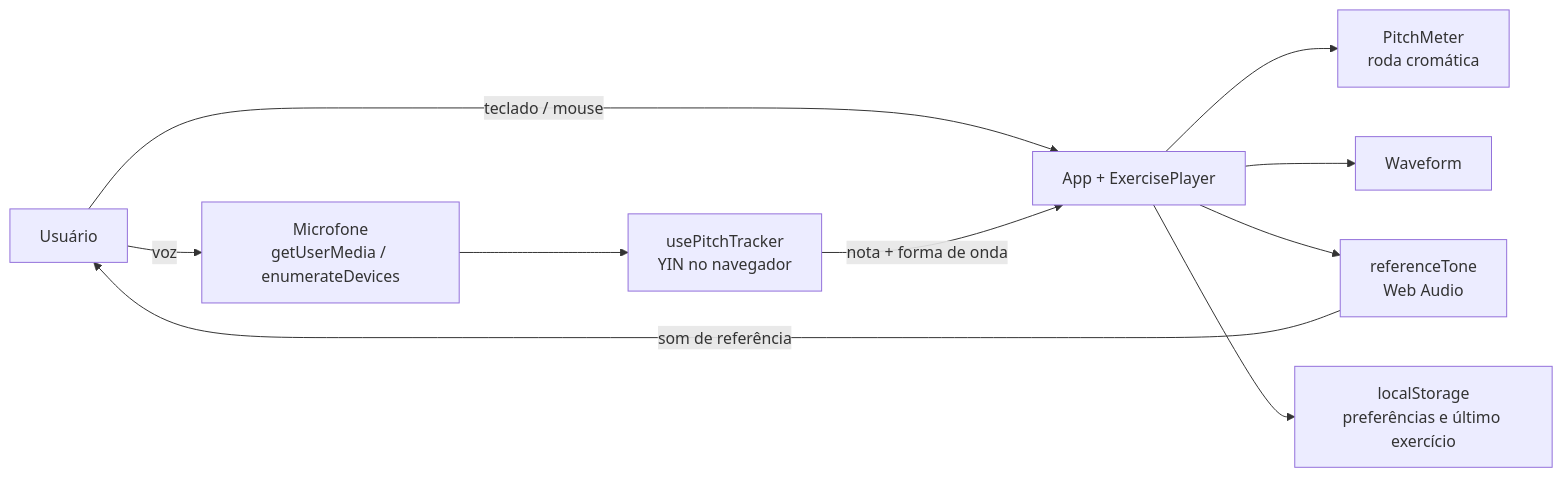
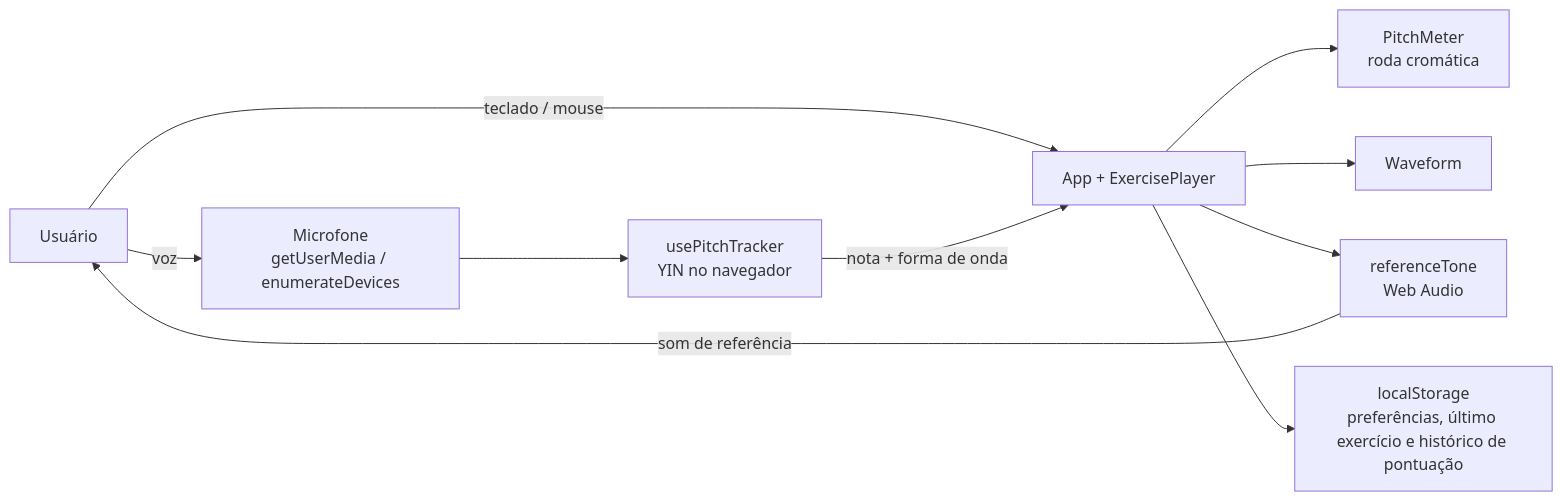
The first of 2 diagrams in README.md (marcelofmatos/singer-trainer), drawn with Mermaid before and after one commit. The commit also changed other lines of this file and 5 other files, not shown here.

````diff
--- a/README.md
+++ b/README.md
@@ -80,12 +84,12 @@
 ```mermaid
 flowchart LR
   User["Usuário"] -->|voz| Mic["Microfone<br/>getUserMedia / enumerateDevices"]
   User -->|teclado / mouse| UI["App + ExercisePlayer"]
   Mic --> Tracker["usePitchTracker<br/>YIN no navegador"]
   Tracker -->|nota + forma de onda| UI
   UI --> Wheel["PitchMeter<br/>roda cromática"]
   UI --> Wave["Waveform"]
   UI --> Tone["referenceTone<br/>Web Audio"]
   Tone -->|som de referência| User
-  UI --> Prefs["localStorage<br/>preferências e último exercício"]
+  UI --> Prefs["localStorage<br/>preferências, último exercício e histórico de pontuação"]
 ```
````
